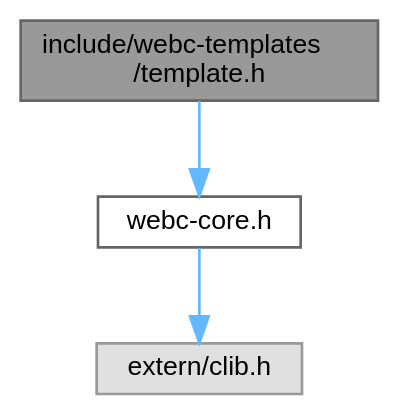
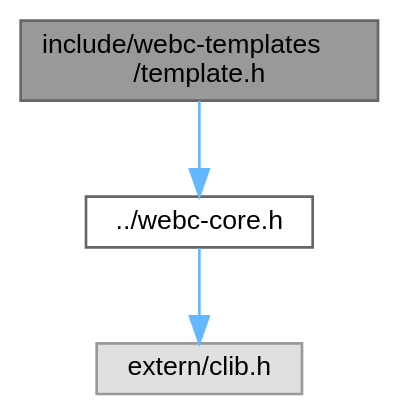
The diagram in docs/template_8h__incl.dot (KDesp73/webc-docs), drawn with Graphviz before and after one commit. The commit also changed 46 other files, not shown here.

```diff
--- a/docs/template_8h__incl.dot
+++ b/docs/template_8h__incl.dot
@@ -1,12 +1,12 @@
 digraph "include/webc-templates/template.h"
 {
  // LATEX_PDF_SIZE
   bgcolor="transparent";
   edge [fontname=Helvetica,fontsize=10,labelfontname=Helvetica,labelfontsize=10];
   node [fontname=Helvetica,fontsize=10,shape=box,height=0.2,width=0.4];
   Node1 [id="Node000001",label="include/webc-templates\l/template.h",height=0.2,width=0.4,color="gray40", fillcolor="grey60", style="filled", fontcolor="black",tooltip=" "];
   Node1 -> Node2 [id="edge1_Node000001_Node000002",color="steelblue1",style="solid",tooltip=" "];
-  Node2 [id="Node000002",label="webc-core.h",height=0.2,width=0.4,color="grey40", fillcolor="white", style="filled",URL="$webc-core_8h.html",tooltip=" "];
+  Node2 [id="Node000002",label="../webc-core.h",height=0.2,width=0.4,color="grey40", fillcolor="white", style="filled",URL="$webc-core_8h.html",tooltip=" "];
   Node2 -> Node3 [id="edge2_Node000002_Node000003",color="steelblue1",style="solid",tooltip=" "];
   Node3 [id="Node000003",label="extern/clib.h",height=0.2,width=0.4,color="grey60", fillcolor="#E0E0E0", style="filled",tooltip=" "];
 }
```
